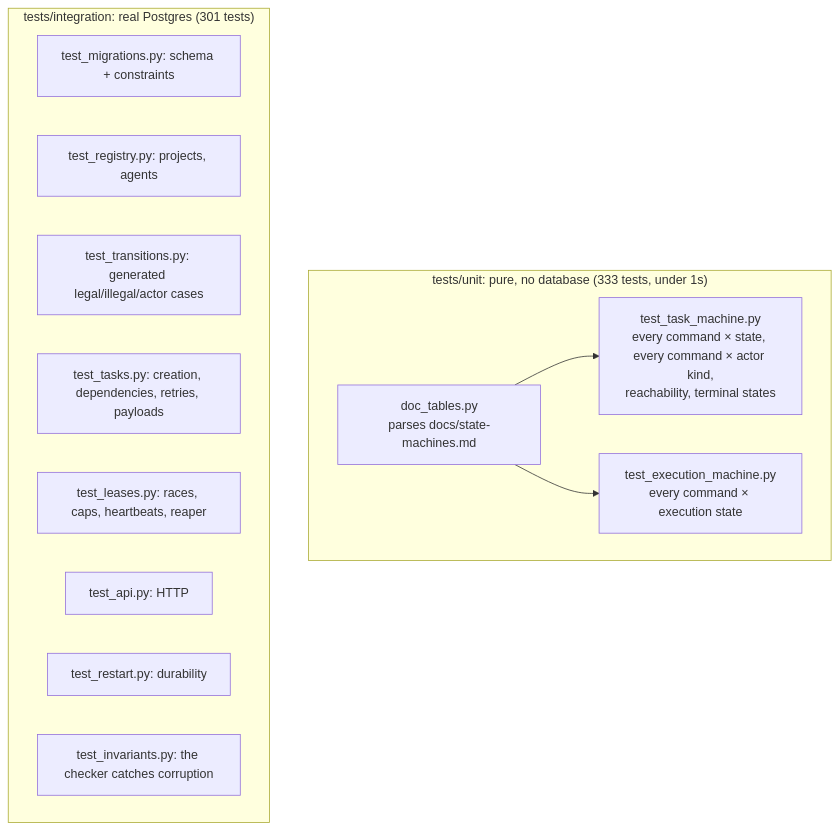
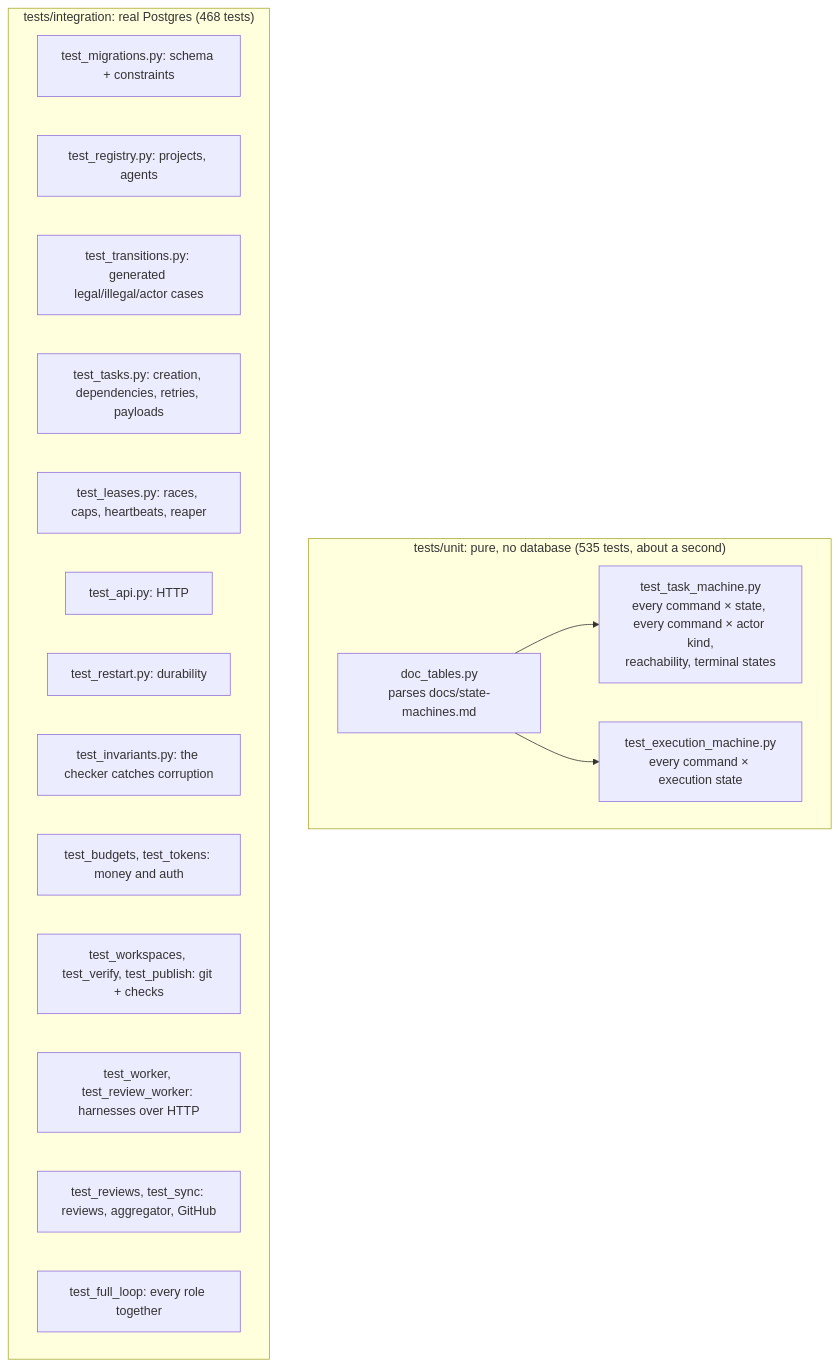
One commit to bharathcmbox/axiom changed the first of 6 diagrams in docs/guide/09-testing.md. Above: the diagram before and after it, drawn with Mermaid. The commit also changed other lines of this file and 18 other files, not shown here.

First line of the commit message:
Phase 3 T8 + T9: exit test passed; scenario atlas, build history, full docs refresh

````diff
--- a/docs/guide/09-testing.md
+++ b/docs/guide/09-testing.md
@@ -8,20 +9,25 @@
 ```mermaid
 flowchart TB
-    subgraph unit["tests/unit: pure, no database (333 tests, under 1s)"]
+    subgraph unit["tests/unit: pure, no database (535 tests, about a second)"]
         u1["test_task_machine.py<br/>every command × state, every command × actor kind,<br/>reachability, terminal states"]
         u2["test_execution_machine.py<br/>every command × execution state"]
         u3["doc_tables.py<br/>parses docs/state-machines.md"]
     end
-    subgraph integ["tests/integration: real Postgres (301 tests)"]
+    subgraph integ["tests/integration: real Postgres (468 tests)"]
         i1["test_migrations.py: schema + constraints"]
         i2["test_registry.py: projects, agents"]
         i3["test_transitions.py: generated legal/illegal/actor cases"]
         i4["test_tasks.py: creation, dependencies, retries, payloads"]
         i5["test_leases.py: races, caps, heartbeats, reaper"]
         i6["test_api.py: HTTP"]
         i7["test_restart.py: durability"]
         i8["test_invariants.py: the checker catches corruption"]
+        i9["test_budgets, test_tokens: money and auth"]
+        i10["test_workspaces, test_verify, test_publish: git + checks"]
+        i11["test_worker, test_review_worker: harnesses over HTTP"]
+        i12["test_reviews, test_sync: reviews, aggregator, GitHub"]
+        i13["test_full_loop: every role together"]
     end
     u3 --> u1
     u3 --> u2
 ```
````
